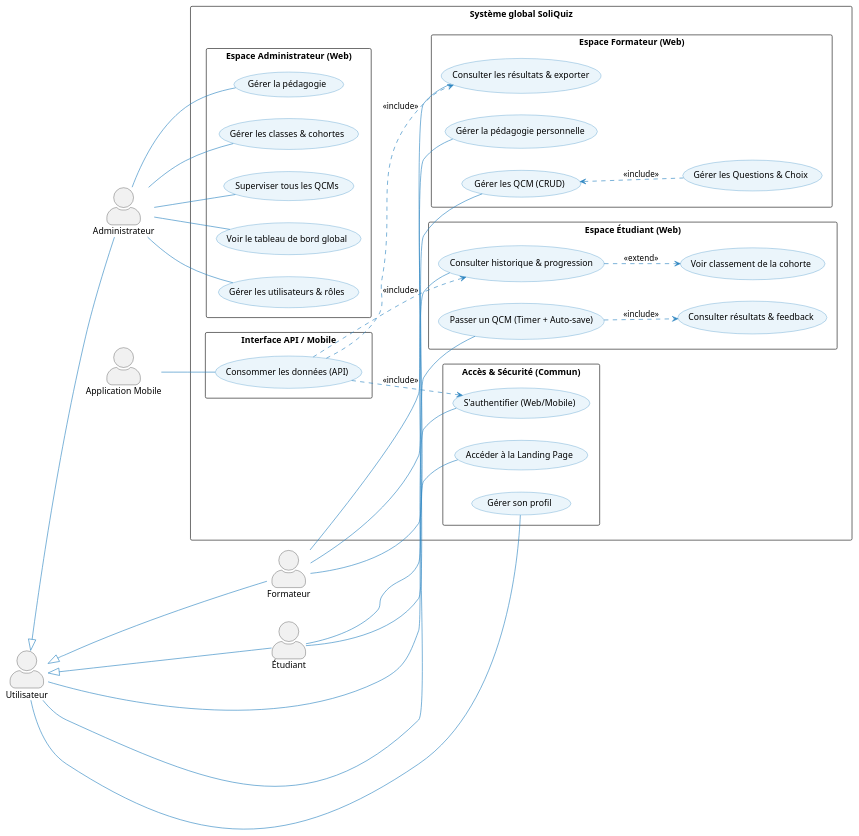
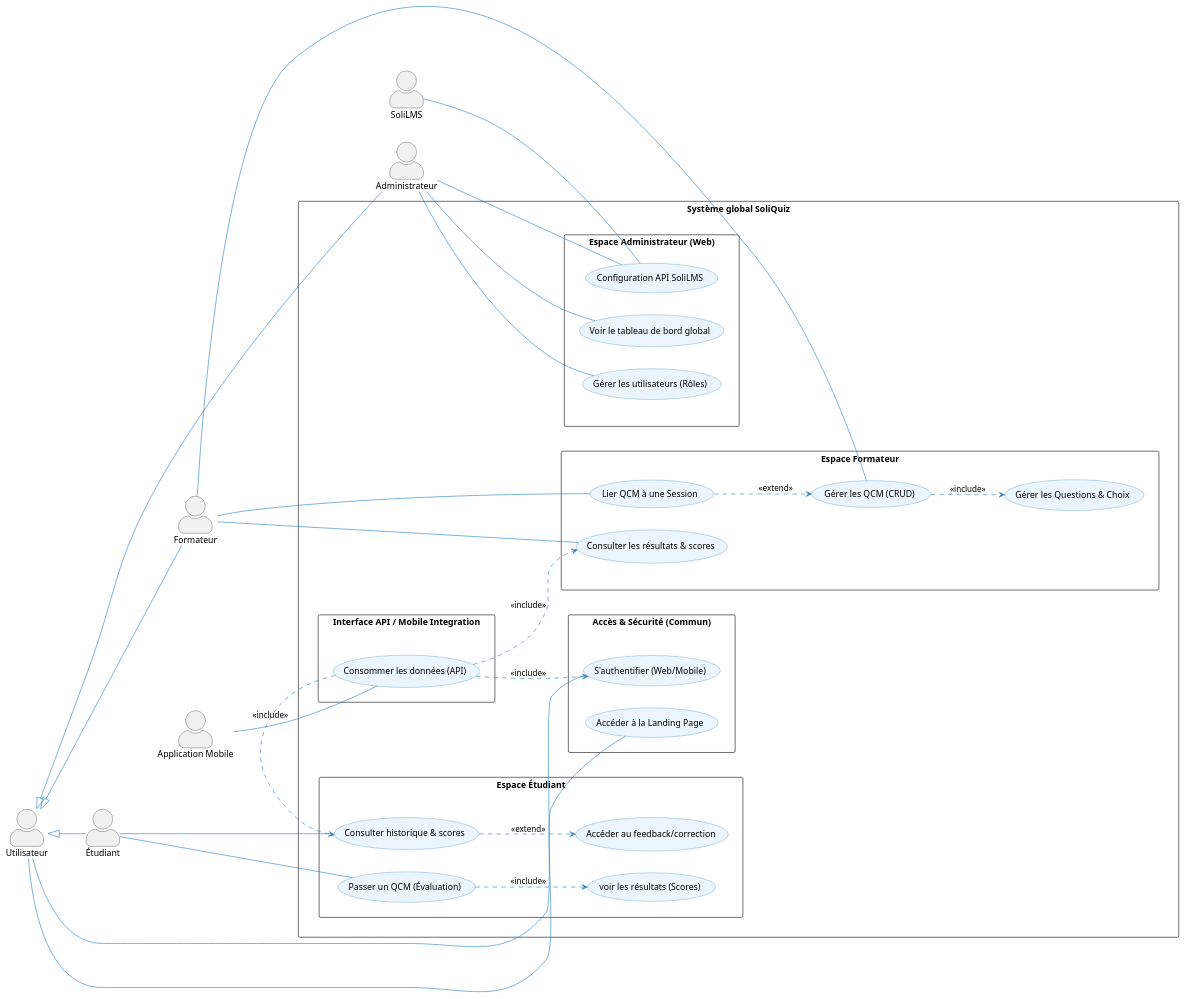
Before and after one commit to BENYEKHLEF-Anouar/SoliQuiz: the diagram in Analyse/cas-utilisation/cas-utilisation-global.puml, drawn with PlantUML. The commit also changed 5 other files, not shown here.

```diff
--- a/Analyse/cas-utilisation/cas-utilisation-global.puml
+++ b/Analyse/cas-utilisation/cas-utilisation-global.puml
@@ -1,84 +1,85 @@
 @startuml
 skinparam actorStyle awesome
 left to right direction
 skinparam packageStyle rectangle
 
 skinparam usecase {
     BackgroundColor #EBF5FB
     BorderColor #2E86C1
     ArrowColor #2E86C1
 }
 
-' ACTORS
 actor "Utilisateur" as U
+actor "Étudiant" as E
+actor "Formateur" as F
 actor "Administrateur" as A
-actor "Formateur" as F
-actor "Étudiant" as E
 actor "Application Mobile" as M
+actor "SoliLMS" as LMS
 
+U <|-- E
+U <|-- F
 U <|-- A
-U <|-- F
-U <|-- E
+
+E -[hidden]d-> F
+F -[hidden]d-> A
 
 package "Système global SoliQuiz" {
 
-    package "Accès & Sécurité (Commun)" {
+    package "Espace Étudiant" as P_ETUD {
+        usecase "Consulter historique & scores" as UC_HIST
+        usecase "Passer un QCM (Évaluation)" as UC_PLAY
+        usecase "Accéder au feedback/correction" as UC_FEED
+        usecase "voir les résultats (Scores)" as UC_SCORE
+        
+        E -- UC_HIST
+        E -- UC_PLAY
+        UC_HIST ..> UC_FEED : <<extend>>
+        UC_PLAY ..> UC_SCORE : <<include>>
+    }
+
+    package "Espace Formateur" as P_FORM {
+        usecase "Consulter les résultats & scores" as UC_RES
+        usecase "Gérer les QCM (CRUD)" as UC_CRUD
+        usecase "Lier QCM à une Session" as UC_LINK
+        usecase "Gérer les Questions & Choix" as UC_QUEST
+        
+        F -- UC_RES
+        F -- UC_CRUD
+        F -- UC_LINK
+        UC_LINK ..> UC_CRUD : <<extend>>
+        UC_CRUD ..> UC_QUEST : <<include>>
+    }
+
+    package "Accès & Sécurité (Commun)" as P_SEC {
         usecase "S'authentifier (Web/Mobile)" as UC_LOGIN
         usecase "Accéder à la Landing Page" as UC_PUBLIC
-        usecase "Gérer son profil" as UC_PROFILE
         U -- UC_LOGIN
         U -- UC_PUBLIC
-        U -- UC_PROFILE
     }
 
-    package "Espace Administrateur (Web)" {
+    package "Interface API / Mobile Integration" as P_API {
+        usecase "Consommer les données (API)" as UC_API
+        M -- UC_API
+    }
+
+    package "Espace Administrateur (Web)" as P_ADMIN {
         usecase "Voir le tableau de bord global" as UC_DASH
-        usecase "Gérer les utilisateurs & rôles" as UC_ROLES
-        usecase "Gérer la pédagogie" as UC_PEDA_A
-        usecase "Gérer les classes & cohortes" as UC_CLASSES
-        usecase "Superviser tous les QCMs" as UC_QCMS_A
-
+        usecase "Gérer les utilisateurs (Rôles)" as UC_ROLES
+        usecase "Configuration API SoliLMS" as UC_CONF
         A -- UC_DASH
         A -- UC_ROLES
-        A -- UC_PEDA_A
-        A -- UC_CLASSES
-        A -- UC_QCMS_A
-    }
-
-    package "Espace Formateur (Web)" {
-        usecase "Gérer les QCM (CRUD)" as UC_CRUD
-        usecase "Gérer les Questions & Choix" as UC_QUEST
-        usecase "Gérer la pédagogie personnelle" as UC_PEDA_F
-        usecase "Consulter les résultats & exporter" as UC_RES
-
-        F -- UC_CRUD
-        F -- UC_PEDA_F
-        F -- UC_RES
-
-        UC_CRUD <.. UC_QUEST : <<include>>
-    }
-
-    package "Espace Étudiant (Web)" {
-        usecase "Passer un QCM (Timer + Auto-save)" as UC_PLAY
-        usecase "Consulter résultats & feedback" as UC_FEED
-        usecase "Consulter historique & progression" as UC_HIST
-        usecase "Voir classement de la cohorte" as UC_RANK
-
-        E -- UC_PLAY
-        E -- UC_HIST
-
-        UC_PLAY ..> UC_FEED : <<include>>
-        UC_HIST ..> UC_RANK : <<extend>>
-    }
-
-    package "Interface API / Mobile" {
-        usecase "Consommer les données (API)" as UC_API
-
-        M -- UC_API
-        UC_API ..> UC_RES  : <<include>>
-        UC_API ..> UC_HIST : <<include>>
-        UC_API ..> UC_LOGIN : <<include>>
+        A -- UC_CONF
+        LMS -- UC_CONF
     }
 }
 
+P_ETUD -[hidden]d-> P_FORM
+P_FORM -[hidden]d-> P_SEC
+P_SEC -[hidden]d-> P_API
+P_API -[hidden]d-> P_ADMIN
+
+UC_API ..> UC_LOGIN : <<include>>
+UC_API ..> UC_HIST : <<include>>
+UC_API ..> UC_RES : <<include>>
+
 @enduml
```
